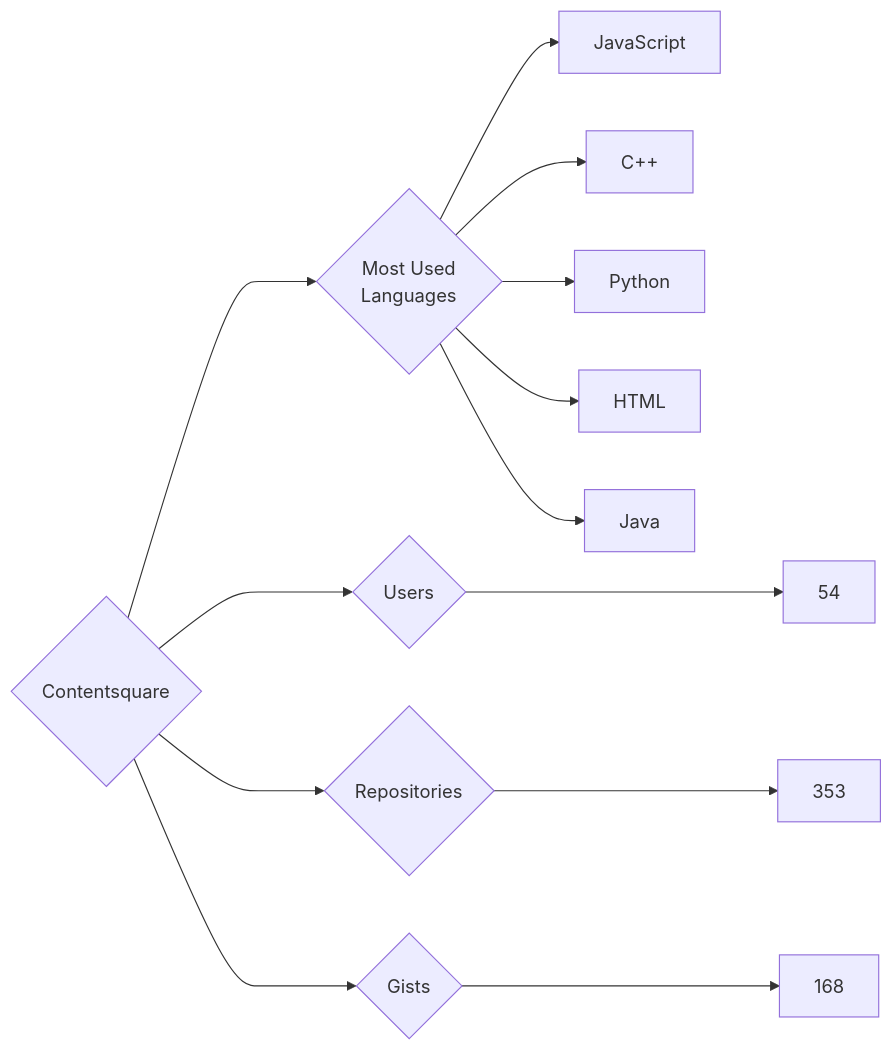
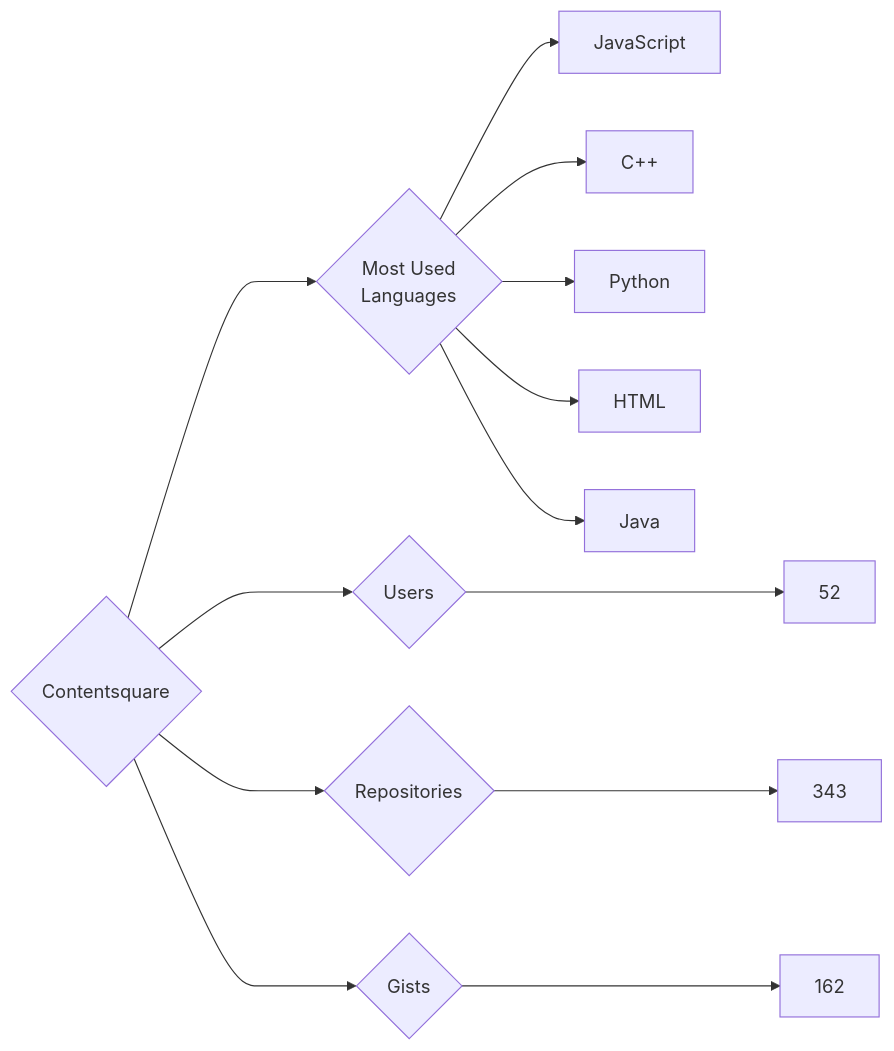
The diagram in targets/Contentsquare/README.md (trickest/insiders), drawn with Mermaid before and after one commit. The commit also changed 776 other files, not shown here.

````diff
--- a/targets/Contentsquare/README.md
+++ b/targets/Contentsquare/README.md
@@ -3,13 +3,13 @@
 ```mermaid
 graph LR
 COMPANY_NAME{Contentsquare}
-COMPANY_NAME ---> U{Users} ---> UN[54]
-COMPANY_NAME ---> R{Repositories} ---> RN[353]
-COMPANY_NAME ---> G{Gists} ---> GN[168]
+COMPANY_NAME ---> U{Users} ---> UN[52]
+COMPANY_NAME ---> R{Repositories} ---> RN[343]
+COMPANY_NAME ---> G{Gists} ---> GN[162]
 COMPANY_NAME ---> ML{Most Used<br>Languages}
 ML --> JavaScript[JavaScript]
 ML --> C++[C++]
 ML --> Python[Python]
 ML --> HTML[HTML]
 ML --> Java[Java]
 ```
````
